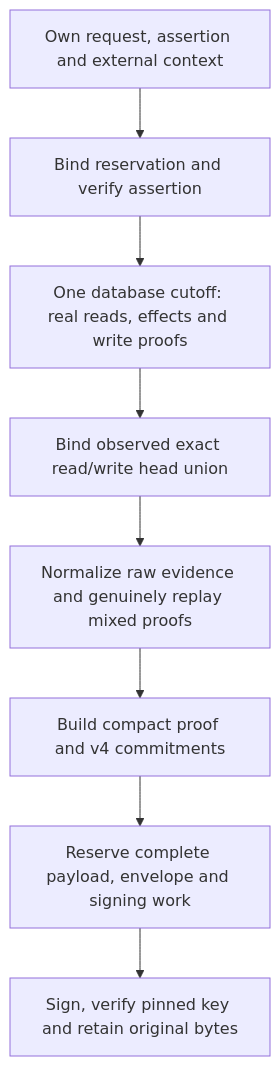
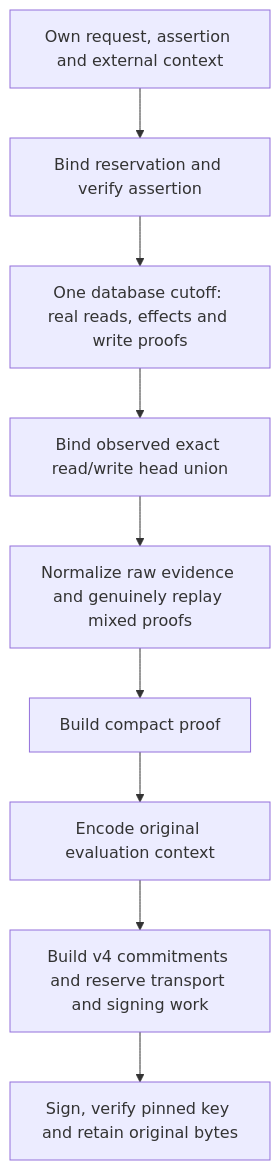
The diagram in docs/authority-revocation-production.md (AndrewMohawk/catchplate), drawn with Mermaid before and after one commit. The commit also changed other lines of this file and 13 other files, not shown here.

Commit message:
Return original bounded revocation evaluation context before signing

````diff
--- a/docs/authority-revocation-production.md
+++ b/docs/authority-revocation-production.md
@@ -28,10 +29,11 @@
 ```mermaid
 flowchart TD
     A[Own request, assertion and external context] --> B[Bind reservation and verify assertion]
     B --> C[One database cutoff: real reads, effects and write proofs]
     C --> D[Bind observed exact read/write head union]
     D --> E[Normalize raw evidence and genuinely replay mixed proofs]
-    E --> F[Build compact proof and v4 commitments]
-    F --> G[Reserve complete payload, envelope and signing work]
+    E --> F[Build compact proof]
+    F --> I[Encode original evaluation context]
+    I --> G[Build v4 commitments and reserve transport and signing work]
     G --> H[Sign, verify pinned key and retain original bytes]
 ```
````
